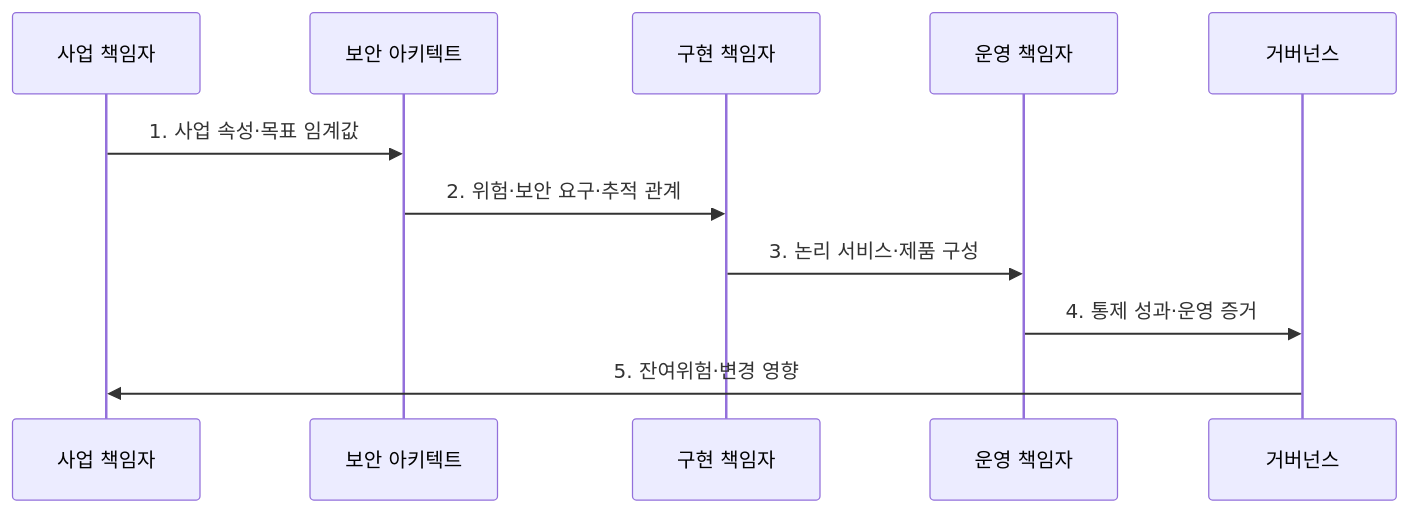
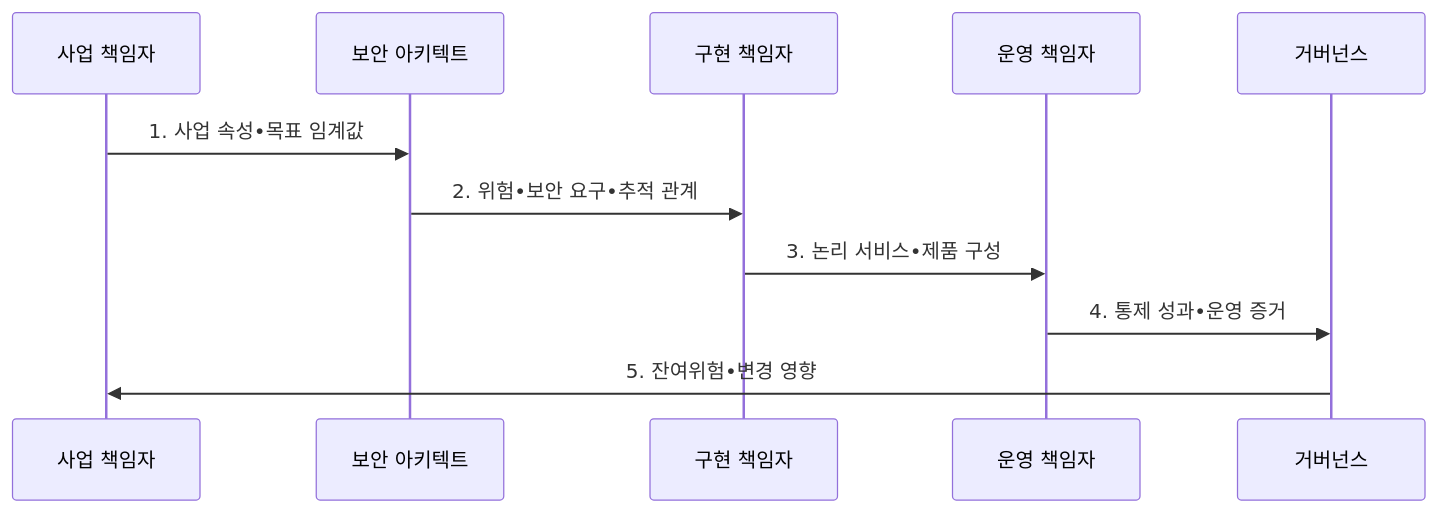
One commit to agnusdei1207/knowledge-base changed the second of 2 diagrams in src/content/docs/notes/05-security/139_sabsa_security_architecture.md. Above: the diagram before and after it, drawn with Mermaid. The commit also changed other lines of this file and 953 other files, not shown here.

````diff
--- a/src/content/docs/notes/05-security/139_sabsa_security_architecture.md
+++ b/src/content/docs/notes/05-security/139_sabsa_security_architecture.md
@@ -97,13 +97,13 @@
 ```mermaid
 sequenceDiagram
   participant B as 사업 책임자
   participant A as 보안 아키텍트
   participant I as 구현 책임자
   participant O as 운영 책임자
   participant G as 거버넌스
-  B->>A: 1. 사업 속성·목표 임계값
-  A->>I: 2. 위험·보안 요구·추적 관계
-  I->>O: 3. 논리 서비스·제품 구성
-  O->>G: 4. 통제 성과·운영 증거
-  G->>B: 5. 잔여위험·변경 영향
+  B->>A: 1. 사업 속성•목표 임계값
+  A->>I: 2. 위험•보안 요구•추적 관계
+  I->>O: 3. 논리 서비스•제품 구성
+  O->>G: 4. 통제 성과•운영 증거
+  G->>B: 5. 잔여위험•변경 영향
 ```
````
